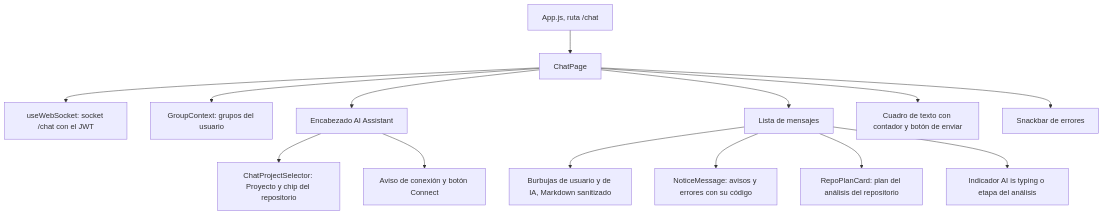
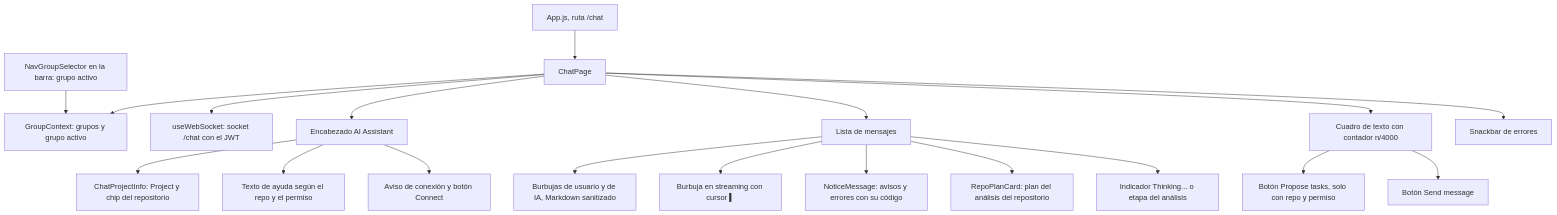
One commit to PabloP150/proyecto-is-cc6 changed the diagram in documentacion/05-interfaz/05-chat-ia.md. Above: the diagram before and after it, drawn with Mermaid. The commit also changed other lines of this file and 204 other files, not shown here.

First line of the commit message:
docs: update all documentation, diagrams and PNGs to the test/e2e state

````diff
--- a/documentacion/05-interfaz/05-chat-ia.md
+++ b/documentacion/05-interfaz/05-chat-ia.md
@@ -9,16 +9,21 @@
 ```mermaid
 flowchart TD
     APP["App.js, ruta /chat"] --> CP["ChatPage"]
+    NAV["NavGroupSelector en la barra: grupo activo"] --> CTX
     CP --> HOOK["useWebSocket: socket /chat con el JWT"]
-    CP --> CTX["GroupContext: grupos del usuario"]
+    CP --> CTX["GroupContext: grupos y grupo activo"]
     CP --> HEAD["Encabezado AI Assistant"]
-    HEAD --> SEL["ChatProjectSelector: Proyecto y chip del repositorio"]
+    HEAD --> INFO["ChatProjectInfo: Project y chip del repositorio"]
+    HEAD --> HELP["Texto de ayuda según el repo y el permiso"]
     HEAD --> CON["Aviso de conexión y botón Connect"]
     CP --> LIST["Lista de mensajes"]
     LIST --> BUB["Burbujas de usuario y de IA, Markdown sanitizado"]
+    LIST --> STR["Burbuja en streaming con cursor ▍"]
     LIST --> NOTE["NoticeMessage: avisos y errores con su código"]
     LIST --> CARD["RepoPlanCard: plan del análisis del repositorio"]
-    LIST --> TYP["Indicador AI is typing o etapa del análisis"]
-    CP --> FORM["Cuadro de texto con contador y botón de enviar"]
+    LIST --> TYP["Indicador Thinking... o etapa del análisis"]
+    CP --> FORM["Cuadro de texto con contador n/4000"]
+    FORM --> PROP["Botón Propose tasks, solo con repo y permiso"]
+    FORM --> SEND["Botón Send message"]
     CP --> SNACK["Snackbar de errores"]
 ```
````
